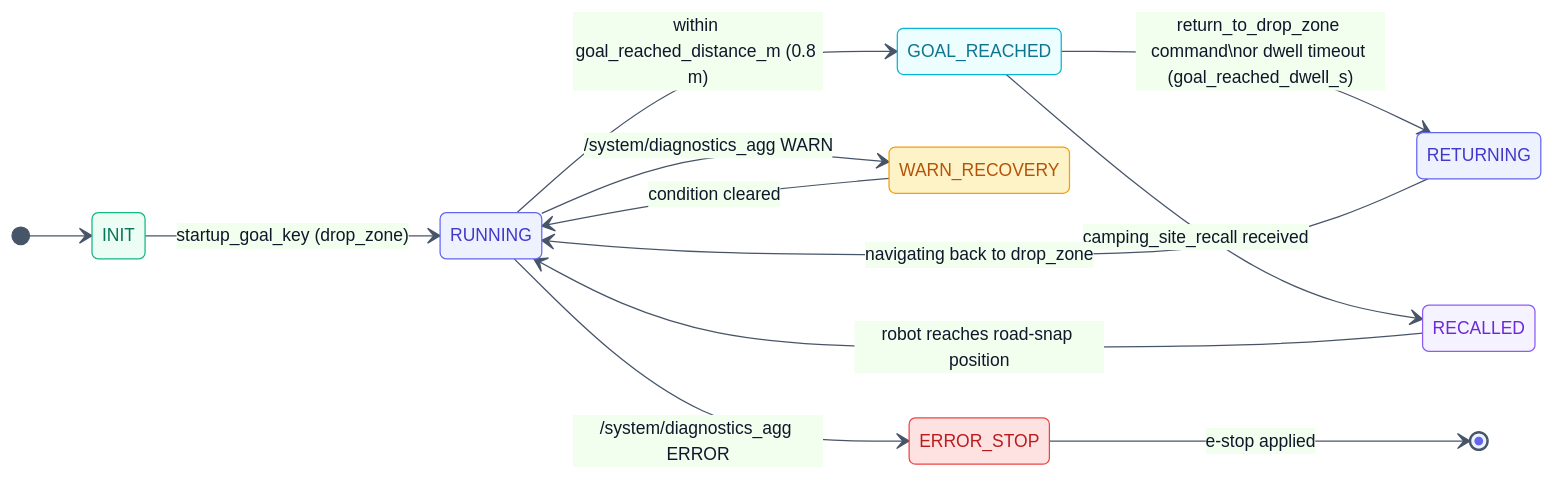
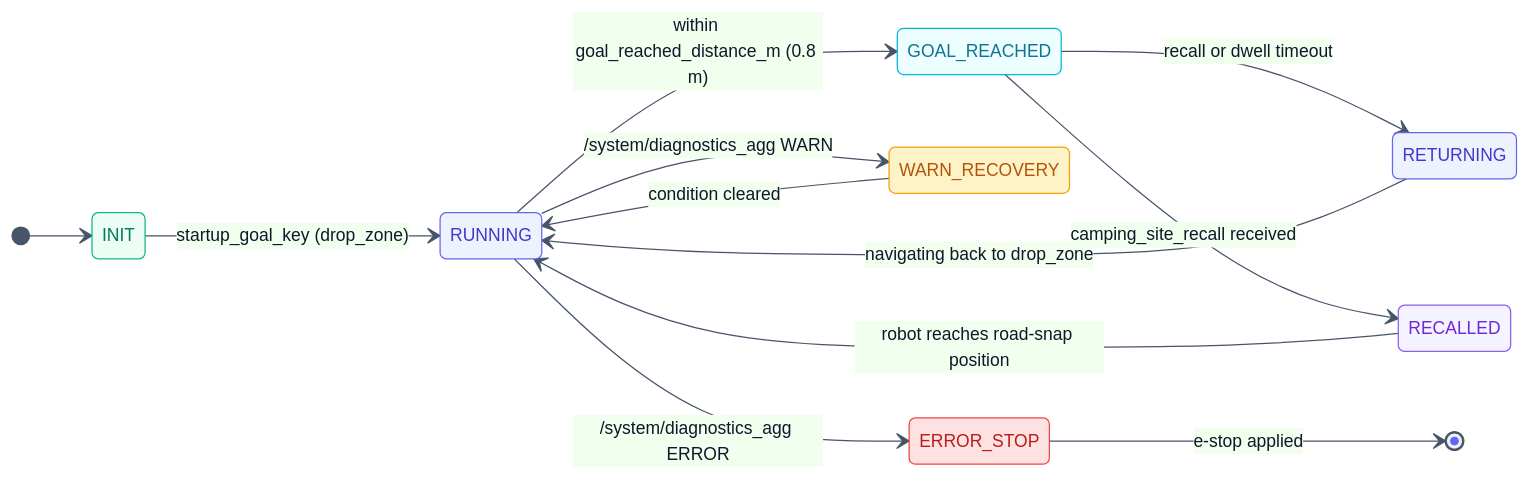
The third of 4 diagrams in camrod_planning/README.md (hwanhonglee/CAMROD), drawn with Mermaid before and after one commit. The commit also changed other lines of this file and 11 other files, not shown here.

First line of the commit message:
docs: fix Mermaid syntax errors and reduce emoji overuse in all READMEs

````diff
--- a/camrod_planning/README.md
+++ b/camrod_planning/README.md
@@ -354,31 +353,31 @@
 ```mermaid
 %%{init: {'theme': 'base', 'themeVariables': {'fontFamily': 'ui-sans-serif, system-ui, sans-serif', 'fontSize': '14px', 'primaryColor': '#EEF2FF', 'primaryTextColor': '#0F172A', 'primaryBorderColor': '#6366F1', 'lineColor': '#475569'}}}%%
 stateDiagram-v2
   direction LR
   classDef normal  fill:#ECFDF5,stroke:#10B981,color:#047857
   classDef running fill:#EEF2FF,stroke:#6366F1,color:#4338CA
   classDef reached fill:#ECFEFF,stroke:#06B6D4,color:#0E7490
   classDef recall  fill:#F5F3FF,stroke:#8B5CF6,color:#6D28D9
   classDef warn    fill:#FEF3C7,stroke:#F59E0B,color:#B45309
   classDef error   fill:#FEE2E2,stroke:#EF4444,color:#B91C1C
 
   [*] --> INIT
   INIT --> RUNNING : startup_goal_key (drop_zone)
   RUNNING --> GOAL_REACHED : within goal_reached_distance_m (0.8 m)
-  GOAL_REACHED --> RETURNING : return_to_drop_zone command\nor dwell timeout (goal_reached_dwell_s)
+  GOAL_REACHED --> RETURNING : recall or dwell timeout
   GOAL_REACHED --> RECALLED : camping_site_recall received
   RECALLED --> RUNNING : robot reaches road-snap position
   RETURNING --> RUNNING : navigating back to drop_zone
   RUNNING --> WARN_RECOVERY : /system/diagnostics_agg WARN
   RUNNING --> ERROR_STOP : /system/diagnostics_agg ERROR
   WARN_RECOVERY --> RUNNING : condition cleared
   ERROR_STOP --> [*] : e-stop applied
 
   class INIT normal
   class RUNNING running
   class GOAL_REACHED reached
   class RECALLED recall
   class RETURNING running
   class WARN_RECOVERY warn
   class ERROR_STOP error
 ```
````
